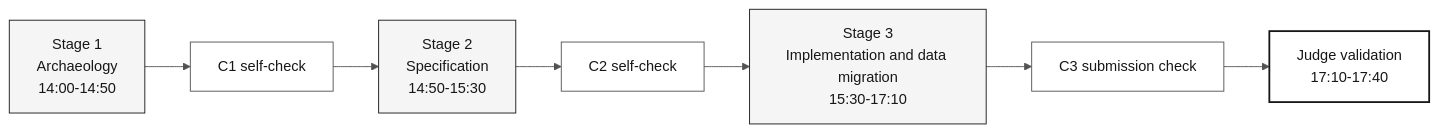
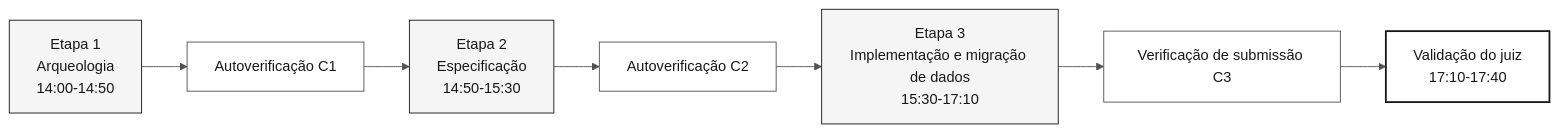
The diagram in docs/sdlc-flow-guide.md (serpro-workshop-floripa/sifap-workshop-paula-00), drawn with Mermaid before and after one commit. The commit also changed other lines of this file and 93 other files, not shown here.

````diff
--- a/docs/sdlc-flow-guide.md
+++ b/docs/sdlc-flow-guide.md
@@ -17,17 +17,17 @@
 ```mermaid
 %%{init: {'theme':'neutral','themeVariables':{'fontFamily':'ui-sans-serif, system-ui, sans-serif','primaryColor':'#F5F5F5','primaryTextColor':'#171717','primaryBorderColor':'#171717','lineColor':'#525252','secondaryColor':'#FFFFFF','tertiaryColor':'#FAFAFA','background':'#FFFFFF'}}}%%
 flowchart LR
     classDef step fill:#F5F5F5,stroke:#171717,color:#171717
     classDef check fill:#FFFFFF,stroke:#525252,color:#171717
     classDef result fill:#FFFFFF,stroke:#171717,color:#171717,stroke-width:2px
 
-    E1["Stage 1<br/>Archaeology<br/>14:00-14:50"]:::step
-    C1["C1 self-check"]:::check
-    E2["Stage 2<br/>Specification<br/>14:50-15:30"]:::step
-    C2["C2 self-check"]:::check
-    E3["Stage 3<br/>Implementation and data migration<br/>15:30-17:10"]:::step
-    C3["C3 submission check"]:::check
-    ACCEPT["Judge validation<br/>17:10-17:40"]:::result
+    E1["Etapa 1<br/>Arqueologia<br/>14:00-14:50"]:::step
+    C1["Autoverificação C1"]:::check
+    E2["Etapa 2<br/>Especificação<br/>14:50-15:30"]:::step
+    C2["Autoverificação C2"]:::check
+    E3["Etapa 3<br/>Implementação e migração de dados<br/>15:30-17:10"]:::step
+    C3["Verificação de submissão C3"]:::check
+    ACCEPT["Validação do juiz<br/>17:10-17:40"]:::result
 
     E1 --> C1 --> E2 --> C2 --> E3 --> C3 --> ACCEPT
 ```
````
